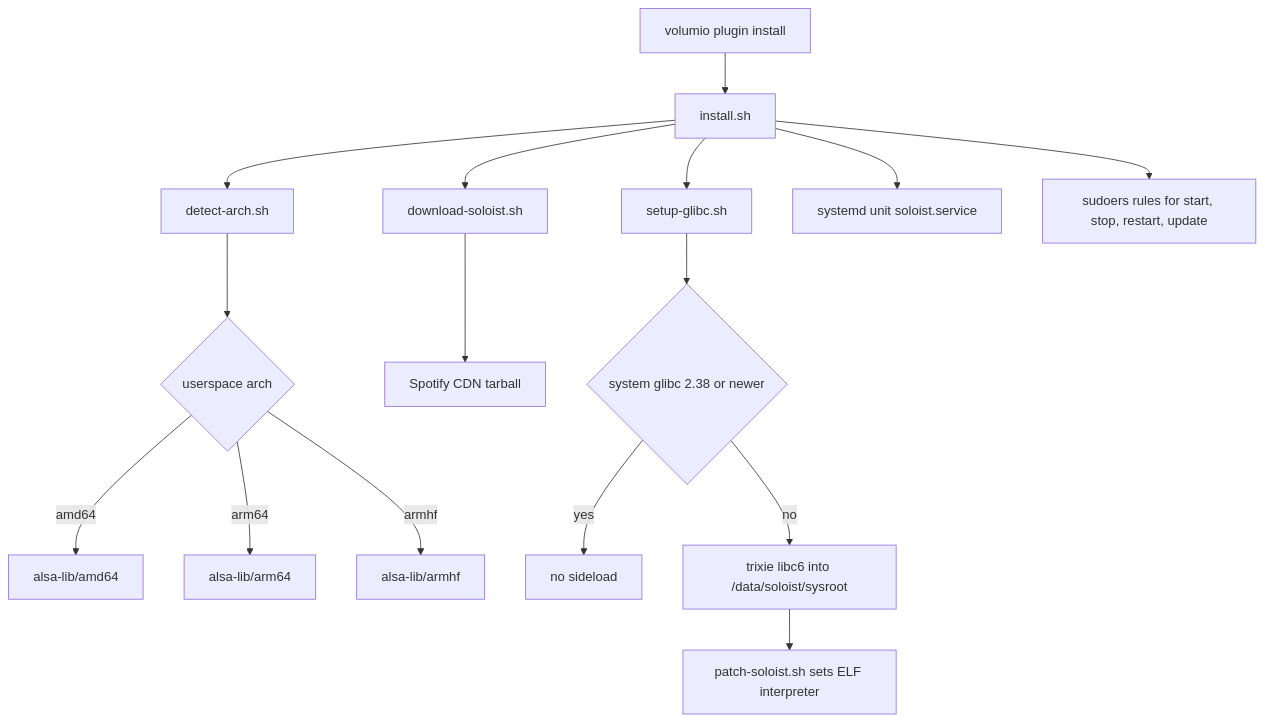
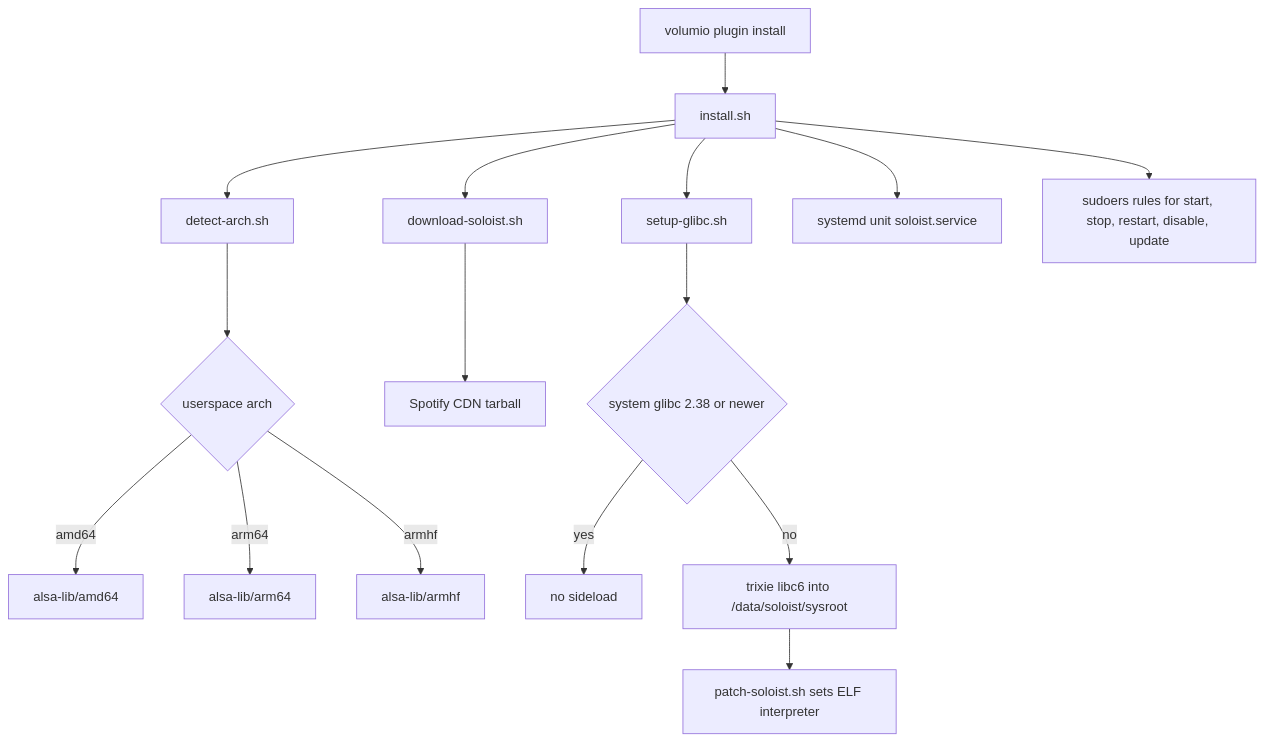
One commit to foonerd/alsa_soloist_connect changed the third of 4 diagrams in README.md. Above: the diagram before and after it, drawn with Mermaid. The commit also changed other lines of this file and 4 other files, not shown here.

````diff
--- a/README.md
+++ b/README.md
@@ -196,18 +196,18 @@
 ```mermaid
 flowchart TD
     A["volumio plugin install"] --> B["install.sh"]
     B --> C["detect-arch.sh"]
     C --> D{"userspace arch"}
     D -->|"amd64"| E["alsa-lib/amd64"]
     D -->|"arm64"| F["alsa-lib/arm64"]
     D -->|"armhf"| G["alsa-lib/armhf"]
     B --> H["download-soloist.sh"]
     H --> I["Spotify CDN tarball"]
     B --> J["setup-glibc.sh"]
     J --> K{"system glibc 2.38 or newer"}
     K -->|"yes"| L["no sideload"]
     K -->|"no"| M["trixie libc6 into /data/soloist/sysroot"]
     M --> N["patch-soloist.sh sets ELF interpreter"]
     B --> O["systemd unit soloist.service"]
-    B --> P["sudoers rules for start, stop, restart, update"]
+    B --> P["sudoers rules for start, stop, restart, disable, update"]
 ```
````
